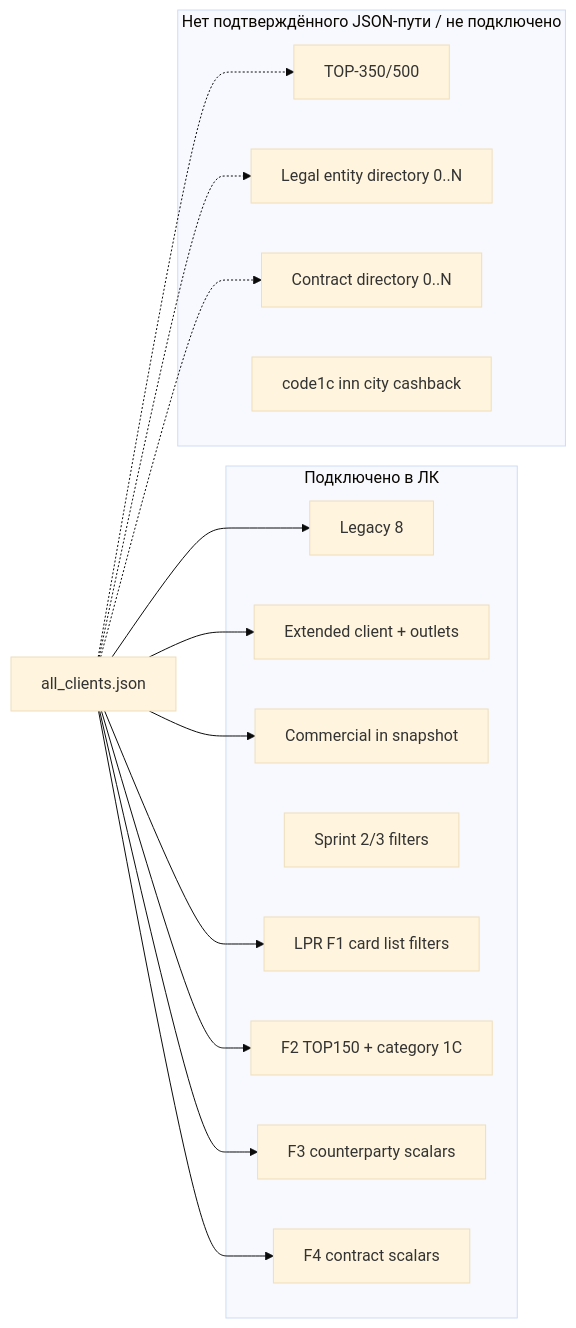
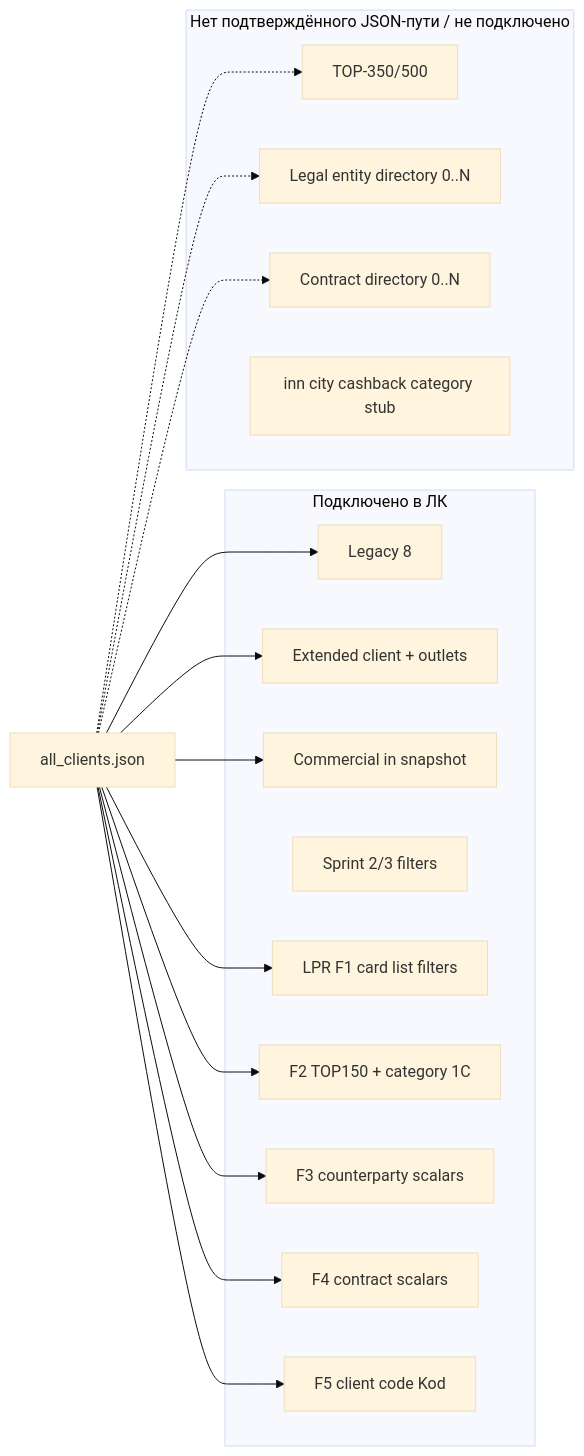
The diagram in docs/delivery/remaining-exchange-fields-map.md (karenavedikyan/tandoor-rf), drawn with Mermaid (base theme) before and after one commit. The commit also changed other lines of this file and 25 other files, not shown here.

First line of the commit message:
feat(F5): connect 1C client code (Код) end-to-end

````diff
--- a/docs/delivery/remaining-exchange-fields-map.md
+++ b/docs/delivery/remaining-exchange-fields-map.md
@@ -243,29 +243,31 @@
 ```mermaid
 flowchart LR
   subgraph done [Подключено в ЛК]
     L8[Legacy 8]
     EX[Extended client + outlets]
     COM[Commercial in snapshot]
     FIL[Sprint 2/3 filters]
     LPR[LPR F1 card list filters]
     F2W[F2 TOP150 + category 1C]
     F3C[F3 counterparty scalars]
     F4K[F4 contract scalars]
+    F5C[F5 client code Kod]
   end
   subgraph missing [Нет подтверждённого JSON-пути / не подключено]
     TOP350[TOP-350/500]
     LEGDIR[Legal entity directory 0..N]
     CONDIR[Contract directory 0..N]
-    PLH[code1c inn city cashback]
+    PLH[inn city cashback category stub]
   end
   JSON[all_clients.json] --> L8
   JSON --> EX
   JSON --> COM
   JSON --> LPR
   JSON --> F2W
   JSON --> F3C
   JSON --> F4K
+  JSON --> F5C
   JSON -.-> TOP350
   JSON -.-> LEGDIR
   JSON -.-> CONDIR
 ```
````
